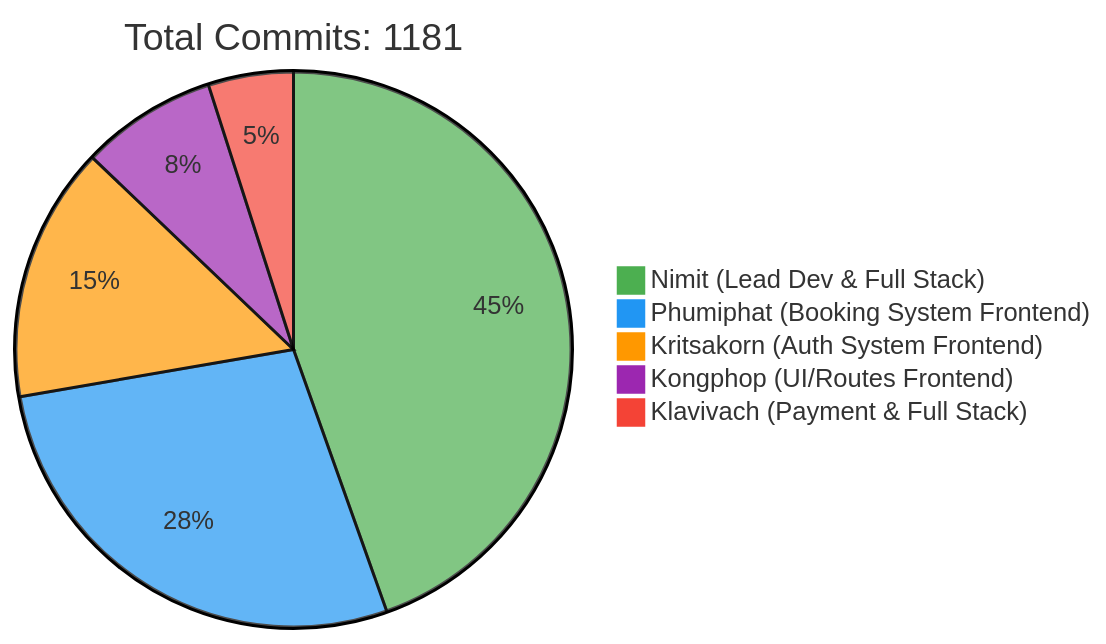
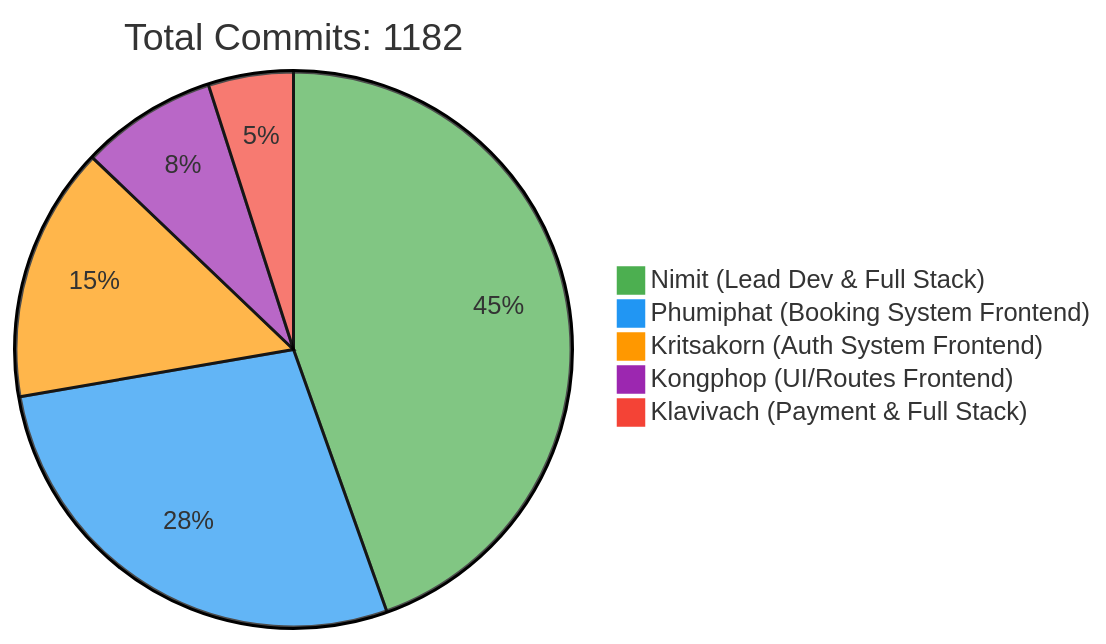
The first of 2 diagrams in README.md (6531503042/Sport-Complex), drawn with Mermaid before and after one commit. The commit also changed other lines of this file, not shown here.

Commit message:
docs: Update contributor statistics [skip ci]

````diff
--- a/README.md
+++ b/README.md
@@ -257,10 +257,10 @@
 ```mermaid
 %%{init: {'theme': 'base', 'themeVariables': { 'pie1': '#4CAF50', 'pie2': '#2196F3', 'pie3': '#FF9800', 'pie4': '#9C27B0', 'pie5': '#F44336'}}}%%
 pie
-    title Total Commits: 1181
+    title Total Commits: 1182
     "Nimit (Lead Dev & Full Stack)" : 450
     "Phumiphat (Booking System Frontend)" : 280
     "Kritsakorn (Auth System Frontend)" : 150
     "Kongphop (UI/Routes Frontend)" : 80
     "Klavivach (Payment & Full Stack)" : 50
 ```
````
